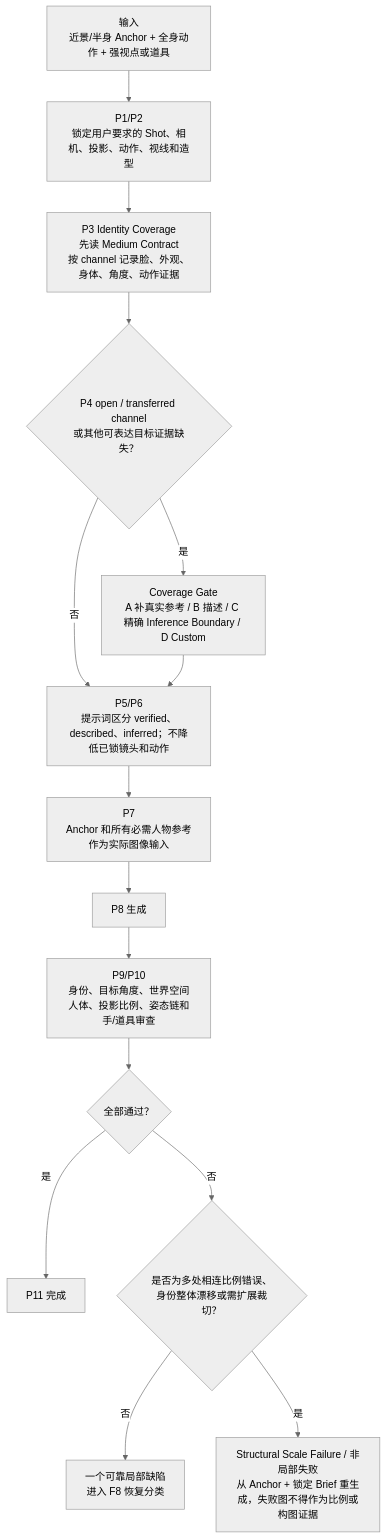
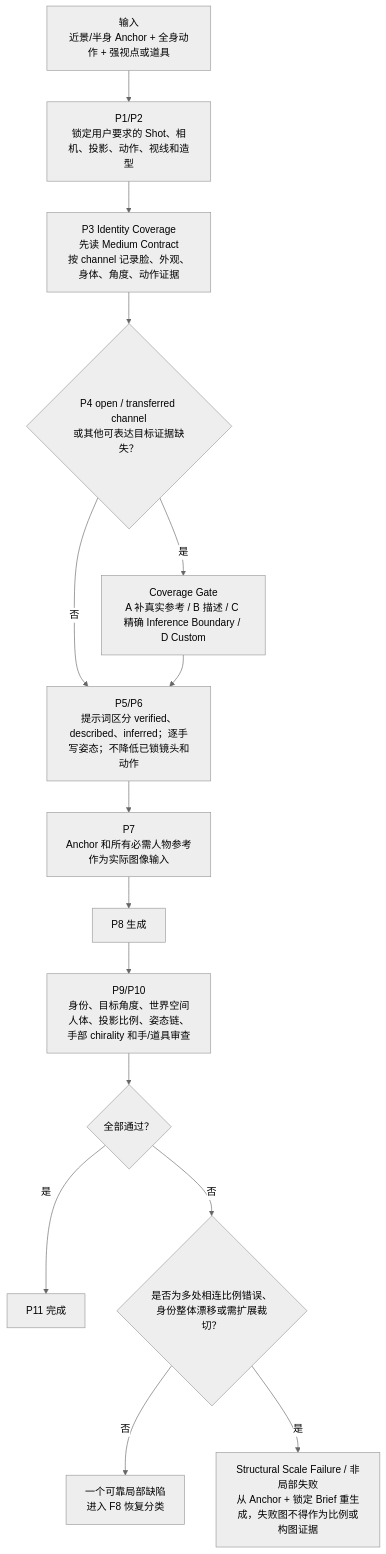
The eighth of 13 diagrams in docs/architecture.md (cyaoc/cast-me), drawn with Mermaid (neutral theme) before and after one commit. The commit also changed other lines of this file and 4 other files, not shown here.

````diff
--- a/docs/architecture.md
+++ b/docs/architecture.md
@@ -342,17 +344,17 @@
 ```mermaid
 flowchart TD
     U["输入<br/>近景/半身 Anchor + 全身动作 + 强视点或道具"] --> LOCKS["P1/P2<br/>锁定用户要求的 Shot、相机、投影、动作、视线和造型"]
     LOCKS --> C["P3 Identity Coverage<br/>先读 Medium Contract<br/>按 channel 记录脸、外观、身体、角度、动作证据"]
     C --> GAP{"P4 open / transferred channel<br/>或其他可表达目标证据缺失？"}
     GAP -- 是 --> G["Coverage Gate<br/>A 补真实参考 / B 描述 / C 精确 Inference Boundary / D Custom"]
     GAP -- 否 --> P
-    G --> P["P5/P6<br/>提示词区分 verified、described、inferred；不降低已锁镜头和动作"]
+    G --> P["P5/P6<br/>提示词区分 verified、described、inferred；逐手写姿态；不降低已锁镜头和动作"]
     P --> I["P7<br/>Anchor 和所有必需人物参考作为实际图像输入"]
     I --> GEN["P8 生成"]
-    GEN --> R["P9/P10<br/>身份、目标角度、世界空间人体、投影比例、姿态链和手/道具审查"]
+    GEN --> R["P9/P10<br/>身份、目标角度、世界空间人体、投影比例、姿态链、手部 chirality 和手/道具审查"]
     R --> PASS{"全部通过？"}
     PASS -- 是 --> O["P11 完成"]
     PASS -- 否 --> FAIL{"是否为多处相连比例错误、身份整体漂移或需扩展裁切？"}
     FAIL -- 否 --> LOCAL["一个可靠局部缺陷<br/>进入 F8 恢复分类"]
     FAIL -- 是 --> REGEN["Structural Scale Failure / 非局部失败<br/>从 Anchor + 锁定 Brief 重生成，失败图不得作为比例或构图证据"]
 ```
````
